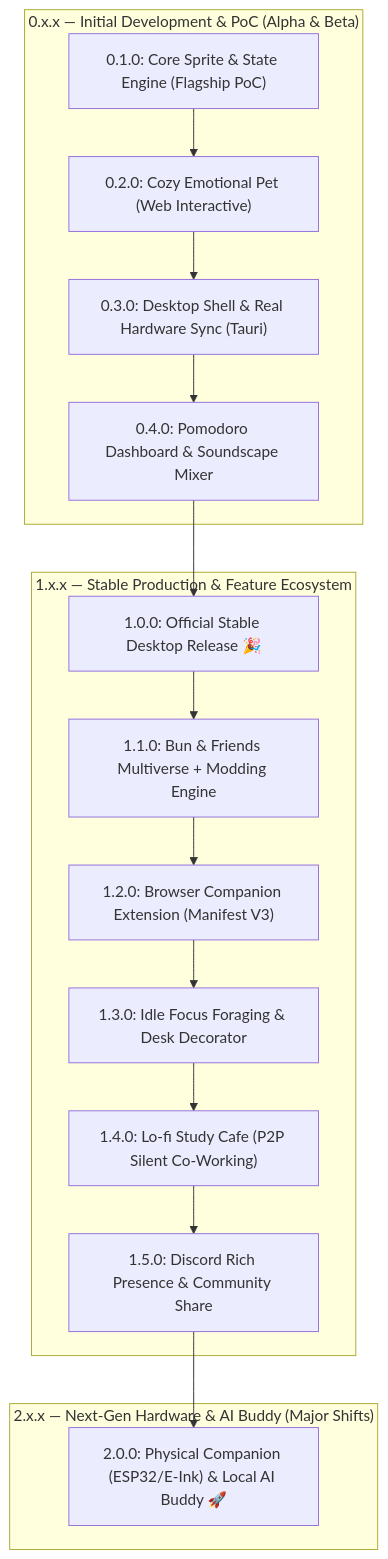
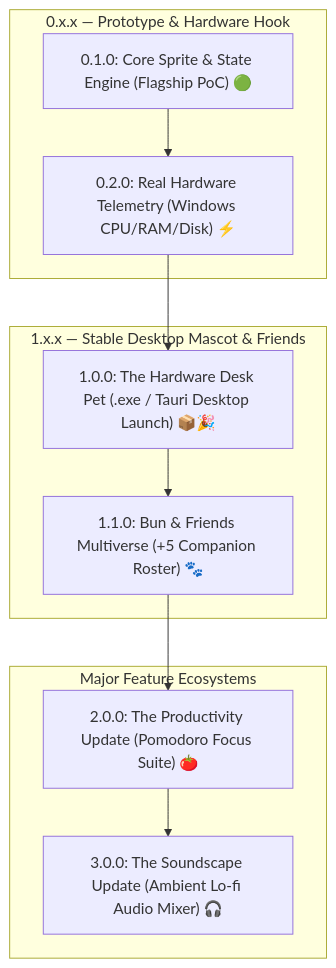
The diagram in non-docs/specs/version-roadmap.md (vavinon/lofi-bun-companion), drawn with Mermaid before and after one commit. The commit also changed other lines of this file and 5 other files, not shown here.

Commit message:
docs(roadmap): harmonize lean versioning strategy and add v0.2.0 task plan

````diff
--- a/non-docs/specs/version-roadmap.md
+++ b/non-docs/specs/version-roadmap.md
@@ -15,21 +15,16 @@
 ```mermaid
 graph TD
-    subgraph PreRelease["0.x.x — Initial Development & PoC (Alpha & Beta)"]
-        v010["0.1.0: Core Sprite & State Engine (Flagship PoC)"] --> v020["0.2.0: Cozy Emotional Pet (Web Interactive)"]
-        v020 --> v030["0.3.0: Desktop Shell & Real Hardware Sync (Tauri)"]
-        v030 --> v040["0.4.0: Pomodoro Dashboard & Soundscape Mixer"]
+    subgraph PreRelease["0.x.x — Prototype & Hardware Hook"]
+        v010["0.1.0: Core Sprite & State Engine (Flagship PoC) 🟢"] --> v020["0.2.0: Real Hardware Telemetry (Windows CPU/RAM/Disk) ⚡"]
     end
 
-    subgraph Major1["1.x.x — Stable Production & Feature Ecosystem"]
-        v040 --> v100["1.0.0: Official Stable Desktop Release 🎉"]
-        v100 --> v110["1.1.0: Bun & Friends Multiverse + Modding Engine"]
-        v110 --> v120["1.2.0: Browser Companion Extension (Manifest V3)"]
-        v120 --> v130["1.3.0: Idle Focus Foraging & Desk Decorator"]
-        v130 --> v140["1.4.0: Lo-fi Study Cafe (P2P Silent Co-Working)"]
-        v140 --> v150["1.5.0: Discord Rich Presence & Community Share"]
+    subgraph Major1["1.x.x — Stable Desktop Mascot & Friends"]
+        v020 --> v100["1.0.0: The Hardware Desk Pet (.exe / Tauri Desktop Launch) 📦🎉"]
+        v100 --> v110["1.1.0: Bun & Friends Multiverse (+5 Companion Roster) 🐾"]
     end
 
-    subgraph Major2["2.x.x — Next-Gen Hardware & AI Buddy (Major Shifts)"]
-        v150 --> v200["2.0.0: Physical Companion (ESP32/E-Ink) & Local AI Buddy 🚀"]
+    subgraph Major2_3["Major Feature Ecosystems"]
+        v110 --> v200["2.0.0: The Productivity Update (Pomodoro Focus Suite) 🍅"]
+        v200 --> v300["3.0.0: The Soundscape Update (Ambient Lo-fi Audio Mixer) 🎧"]
     end
 ```
````
